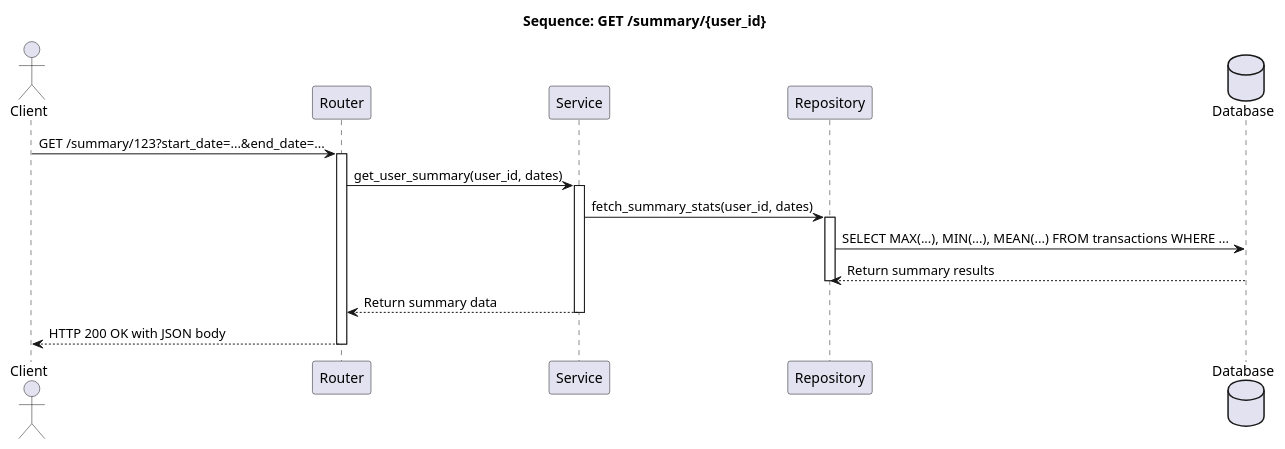
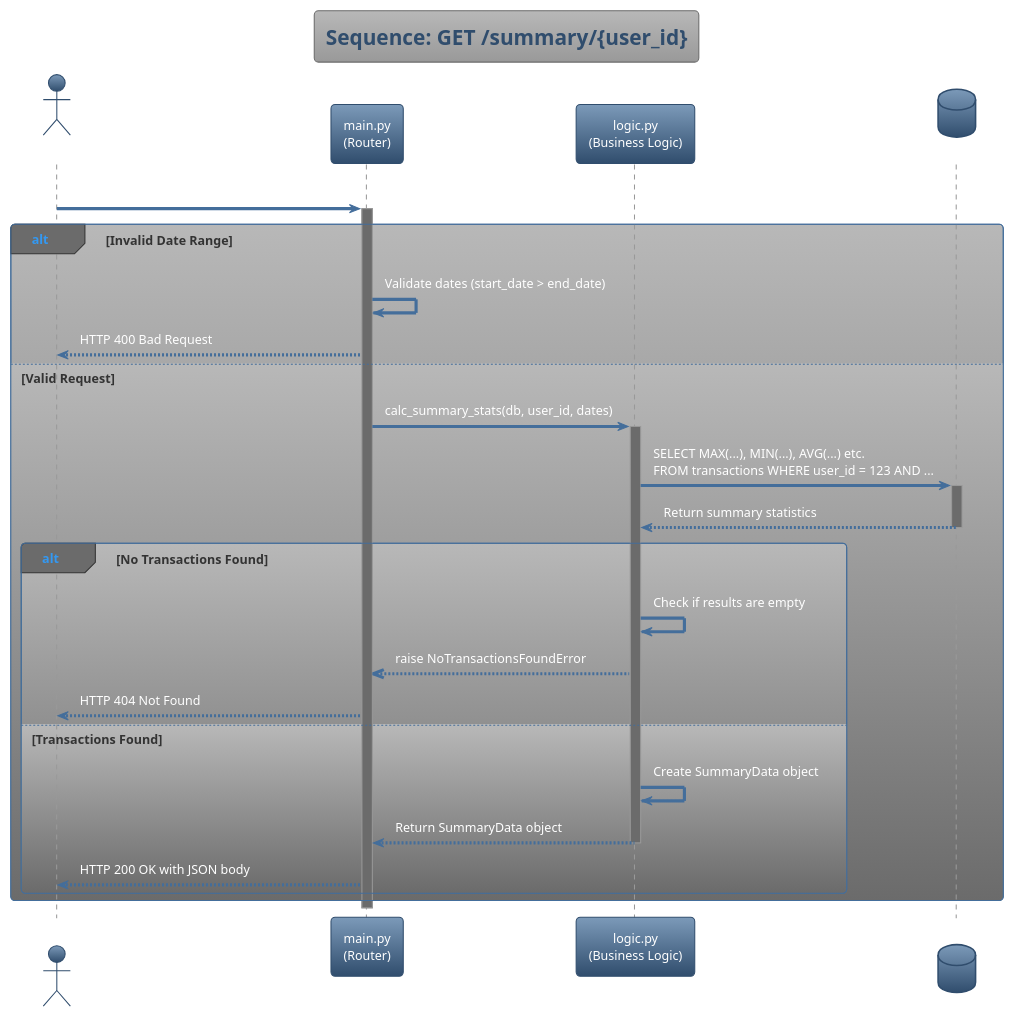
Before and after one commit to MirjalilovS/ClientAPI: the diagram in diagrams/summary_sequence.puml, drawn with PlantUML. The commit also changed 6 other files, not shown here.

Commit message:
Changed diagrams to match current architecture and added more details to the README. Still not completed yet.

```diff
--- a/diagrams/summary_sequence.puml
+++ b/diagrams/summary_sequence.puml
@@ -1,30 +1,41 @@
 @startuml SummarySequence
+!theme spacelab
 
 title Sequence: GET /summary/{user_id}
 
 actor Client
-participant Router
-participant Service
-participant Repository
-database Database
+participant "main.py\n(Router)" as Router
+participant "logic.py\n(Business Logic)" as Logic
+database "Database" as DB
 
 Client -> Router: GET /summary/123?start_date=...&end_date=...
 activate Router
 
-Router -> Service: get_user_summary(user_id, dates)
-activate Service
+alt Invalid Date Range
+    Router -> Router: Validate dates (start_date > end_date)
+    Router --> Client: HTTP 400 Bad Request
+else Valid Request
+    Router -> Logic: calc_summary_stats(db, user_id, dates)
+    activate Logic
 
-Service -> Repository: fetch_summary_stats(user_id, dates)
-activate Repository
+    Logic -> DB: SELECT MAX(...), MIN(...), AVG(...) etc.\nFROM transactions WHERE user_id = 123 AND ...
+    activate DB
+    DB --> Logic: Return summary statistics
+    deactivate DB
 
-Repository -> Database: SELECT MAX(...), MIN(...), MEAN(...) FROM transactions WHERE ...
-Repository <-- Database: Return summary results
-deactivate Repository
+    alt No Transactions Found
+        Logic -> Logic: Check if results are empty
+        Logic -->> Router: raise NoTransactionsFoundError
+        Router --> Client: HTTP 404 Not Found
+    else Transactions Found
+        Logic -> Logic: Create SummaryData object
+        Logic --> Router: Return SummaryData object
+        deactivate Logic
 
-Service --> Router: Return summary data
-deactivate Service
+        Router --> Client: HTTP 200 OK with JSON body
+    end
+end
 
-Router --> Client: HTTP 200 OK with JSON body
 deactivate Router
 
 @enduml
```
